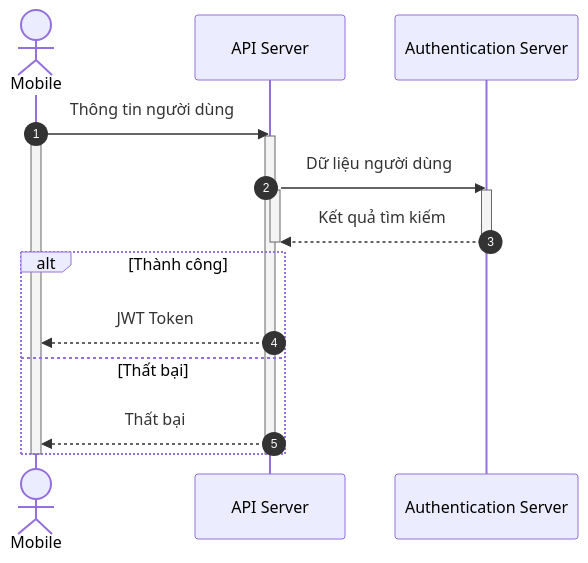
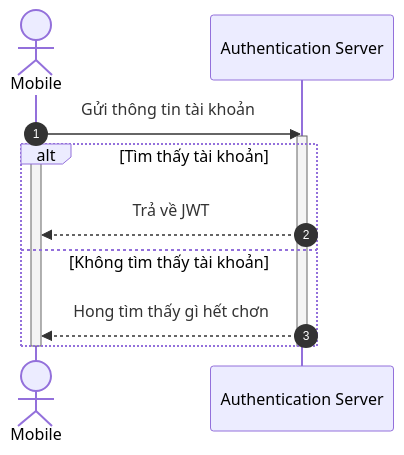
The first of 2 diagrams in docs/diagrams/sequence/user-auth.md (coinhub-uit/coinhub-uit.github.io), drawn with Mermaid before and after one commit. The commit also changed other lines of this file, not shown here.

Commit message:
feat: diagram for user auth credential and oauth

````diff
--- a/docs/diagrams/sequence/user-auth.md
+++ b/docs/diagrams/sequence/user-auth.md
@@ -9,24 +7,17 @@
 ```mermaid
 sequenceDiagram
   autonumber
   actor mobile as Mobile
-  participant apiServer as API Server
   participant authServer as Authentication Server
 
-  mobile->>apiServer: Thông tin người dùng
+  mobile->>authServer: Gửi thông tin tài khoản
   activate mobile
-  activate apiServer
-  apiServer->>authServer: Dữ liệu người dùng
-  activate apiServer
   activate authServer
-  authServer-->>apiServer: Kết quả tìm kiếm
-  deactivate apiServer
-  deactivate authServer
-  alt Thành công
-    apiServer-->>mobile: JWT Token
-  else Thất bại
-    apiServer-->>mobile: Thất bại
+  alt Tìm thấy tài khoản
+    authServer-->>mobile: Trả về JWT
+  else Không tìm thấy tài khoản
+    authServer-->>mobile: Hong tìm thấy gì hết chơn
   end
   deactivate mobile
-  deactivate apiServer
+  deactivate authServer
 ```
````
